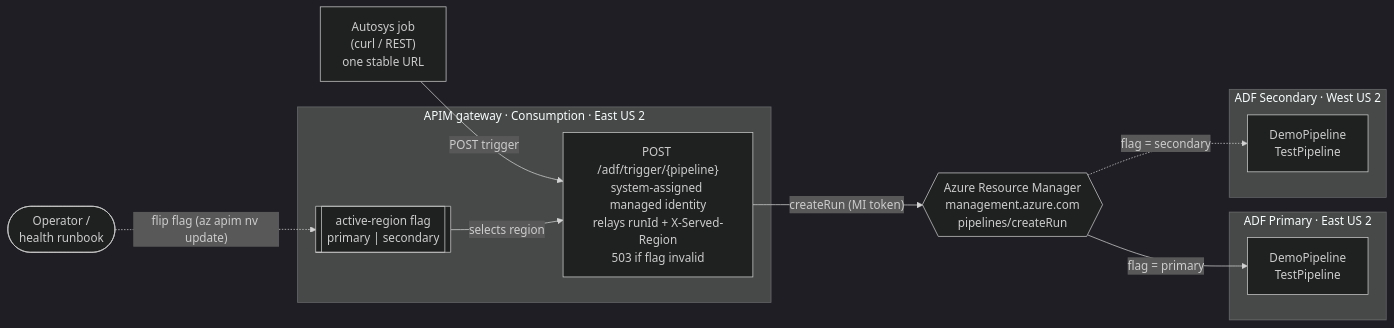
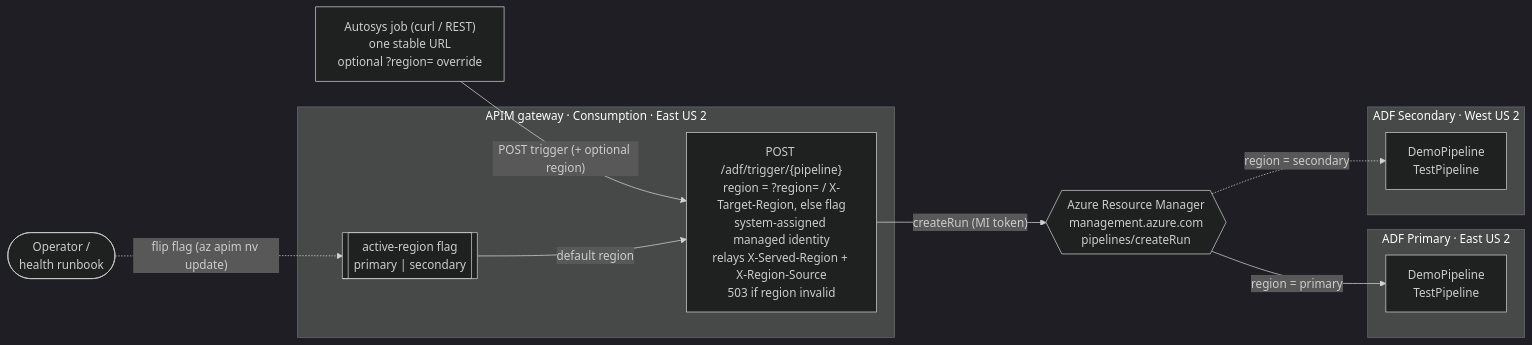
The first of 2 diagrams in README.md (SpiffLabSquad/adf-dr-apim-demo), drawn with Mermaid (dark theme) before and after one commit. The commit also changed other lines of this file and 5 other files, not shown here.

````diff
--- a/README.md
+++ b/README.md
@@ -29,26 +34,26 @@
 ```mermaid
 flowchart LR
-    AJ["Autosys job<br/>(curl / REST)<br/>one stable URL"]
+    AJ["Autosys job (curl / REST)<br/>one stable URL<br/>optional ?region= override"]
     OP(["Operator /<br/>health runbook"])
 
     subgraph G["APIM gateway · Consumption · East US 2"]
-        API["POST /adf/trigger/{pipeline}<br/>system-assigned managed identity<br/>relays runId + X-Served-Region<br/>503 if flag invalid"]
+        API["POST /adf/trigger/{pipeline}<br/>region = ?region= / X-Target-Region, else flag<br/>system-assigned managed identity<br/>relays X-Served-Region + X-Region-Source<br/>503 if region invalid"]
         NV[["active-region flag<br/>primary | secondary"]]
     end
 
     ARM{{"Azure Resource Manager<br/>management.azure.com<br/>pipelines/createRun"}}
 
     subgraph PRI["ADF Primary · East US 2"]
         FP["DemoPipeline<br/>TestPipeline"]
     end
     subgraph SEC["ADF Secondary · West US 2"]
         FS["DemoPipeline<br/>TestPipeline"]
     end
 
-    AJ -- "POST trigger" --> API
+    AJ -- "POST trigger (+ optional region)" --> API
     OP -. "flip flag (az apim nv update)" .-> NV
-    NV -- "selects region" --> API
+    NV -- "default region" --> API
     API -- "createRun (MI token)" --> ARM
-    ARM -- "flag = primary" --> FP
-    ARM -. "flag = secondary" .-> FS
+    ARM -- "region = primary" --> FP
+    ARM -. "region = secondary" .-> FS
 ```
````
